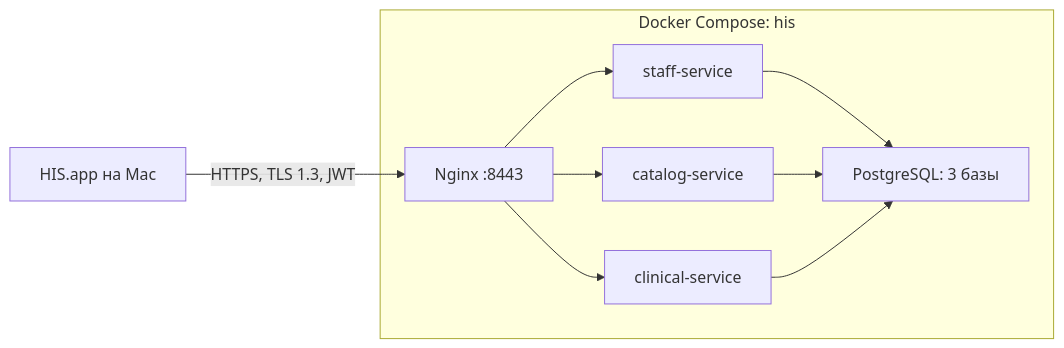
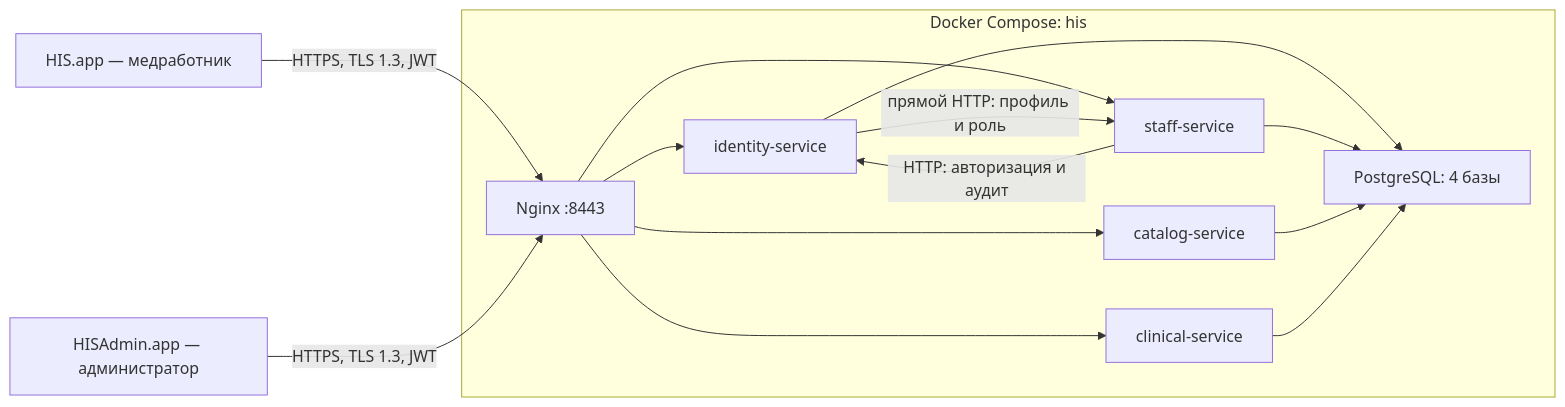
The diagram in docs/defense.md (debondarenkq/itmo-is-medsoft-7sem-y27), drawn with Mermaid before and after one commit. The commit also changed other lines of this file and 183 other files, not shown here.

````diff
--- a/docs/defense.md
+++ b/docs/defense.md
@@ -17,12 +18,17 @@
 ```mermaid
 flowchart LR
-    UI["HIS.app на Mac"] -->|"HTTPS, TLS 1.3, JWT"| N["Nginx :8443"]
+    UI["HIS.app — медработник"] -->|"HTTPS, TLS 1.3, JWT"| N["Nginx :8443"]
+    Admin["HISAdmin.app — администратор"] -->|"HTTPS, TLS 1.3, JWT"| N
     subgraph Docker["Docker Compose: his"]
+        N --> I[identity-service]
         N --> S[staff-service]
         N --> C[catalog-service]
         N --> M[clinical-service]
-        S --> DB["PostgreSQL: 3 базы"]
+        I -->|"прямой HTTP: профиль и роль"| S
+        S -->|"HTTP: авторизация и аудит"| I
+        I --> DB["PostgreSQL: 4 базы"]
+        S --> DB
         C --> DB
         M --> DB
     end
 ```
````
